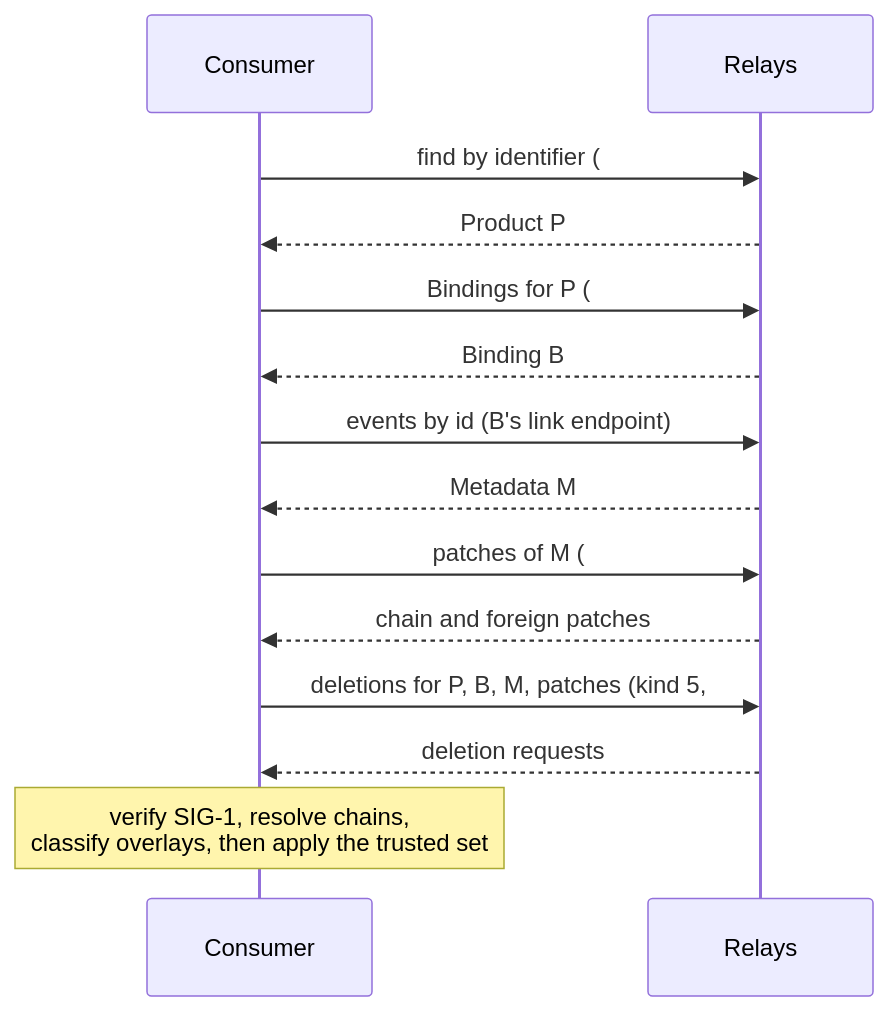
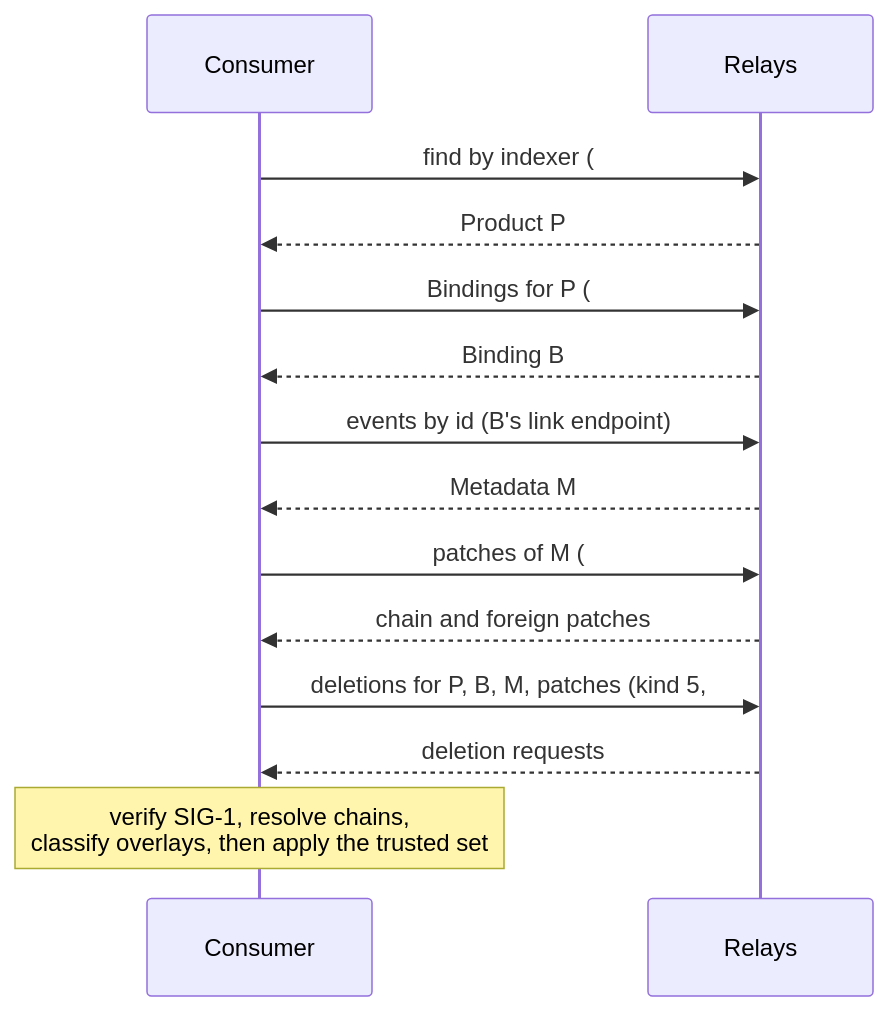
One commit to crocs-muni/scrutiny-fabric changed the ninth of 9 diagrams in docs/protocol-spec.md. Above: the diagram before and after it, drawn with Mermaid. The commit also changed other lines of this file and 14 other files, not shown here.

````diff
--- a/docs/protocol-spec.md
+++ b/docs/protocol-spec.md
@@ -854,16 +871,16 @@
 ```mermaid
 sequenceDiagram
     participant C as Consumer
     participant R as Relays
-    C->>R: find by identifier (#t fabric, #i)
+    C->>R: find by indexer (#t fabric, #i)
     R-->>C: Product P
     C->>R: Bindings for P (#t binding, #e P)
     R-->>C: Binding B
     C->>R: events by id (B's link endpoint)
     R-->>C: Metadata M
     C->>R: patches of M (#t patch, #e M)
     R-->>C: chain and foreign patches
     C->>R: deletions for P, B, M, patches (kind 5, #e)
     R-->>C: deletion requests
     Note over C: verify SIG-1, resolve chains,<br/>classify overlays, then apply the trusted set
 ```
````
